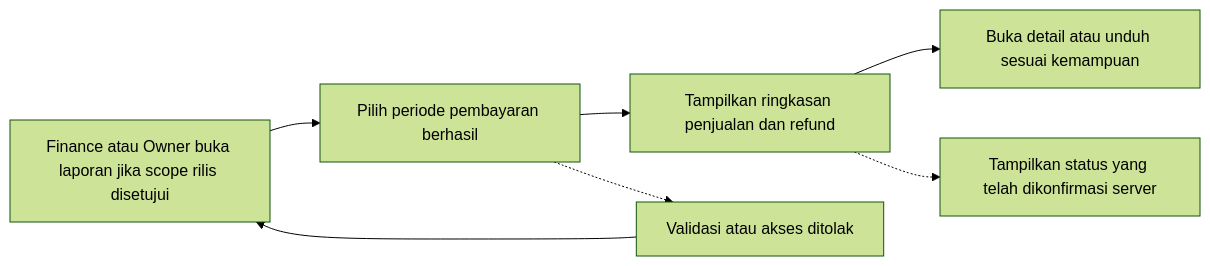
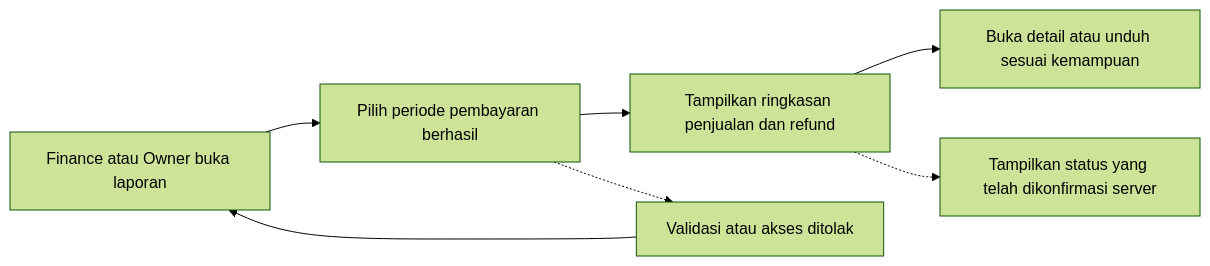
The diagram in project-docs/03-CLIENT-MOBILE/design/USER-FLOW/reports-target.mmd (abyazzz/Motifnesia-Monorepo), drawn with Mermaid (forest theme) before and after one commit. The commit also changed 100 other files, not shown here.

```diff
--- a/project-docs/03-CLIENT-MOBILE/design/USER-FLOW/reports-target.mmd
+++ b/project-docs/03-CLIENT-MOBILE/design/USER-FLOW/reports-target.mmd
@@ -1,11 +1,11 @@
 flowchart LR
-    P1["Finance atau Owner buka laporan jika scope rilis disetujui"]
+    P1["Finance atau Owner buka laporan"]
     P2["Pilih periode pembayaran berhasil"]
     P1 --> P2
     P3["Tampilkan ringkasan penjualan dan refund"]
     P2 --> P3
     P4["Buka detail atau unduh sesuai kemampuan"]
     P3 --> P4
     P2 -.-> E["Validasi atau akses ditolak"]
     E --> P1
     P3 -.-> R["Tampilkan status yang telah dikonfirmasi server"]
```
